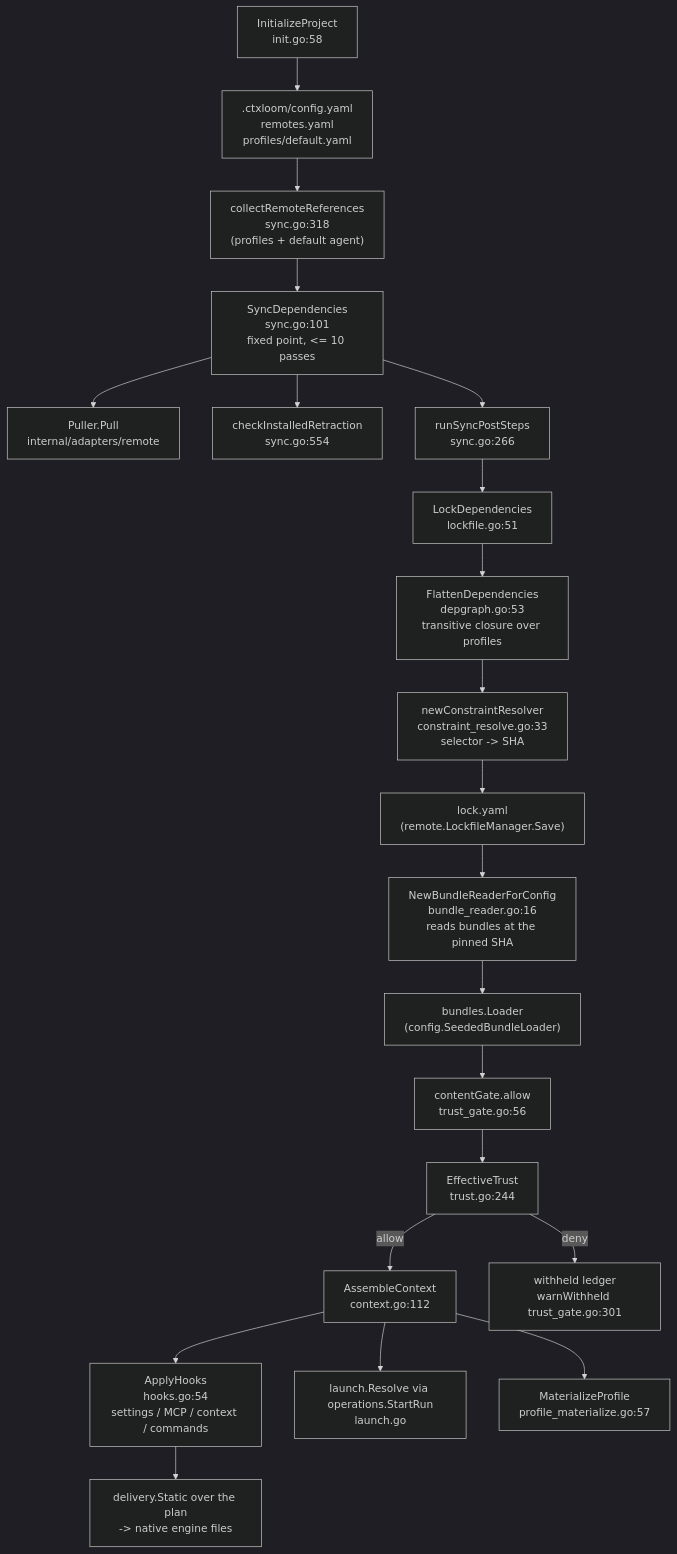
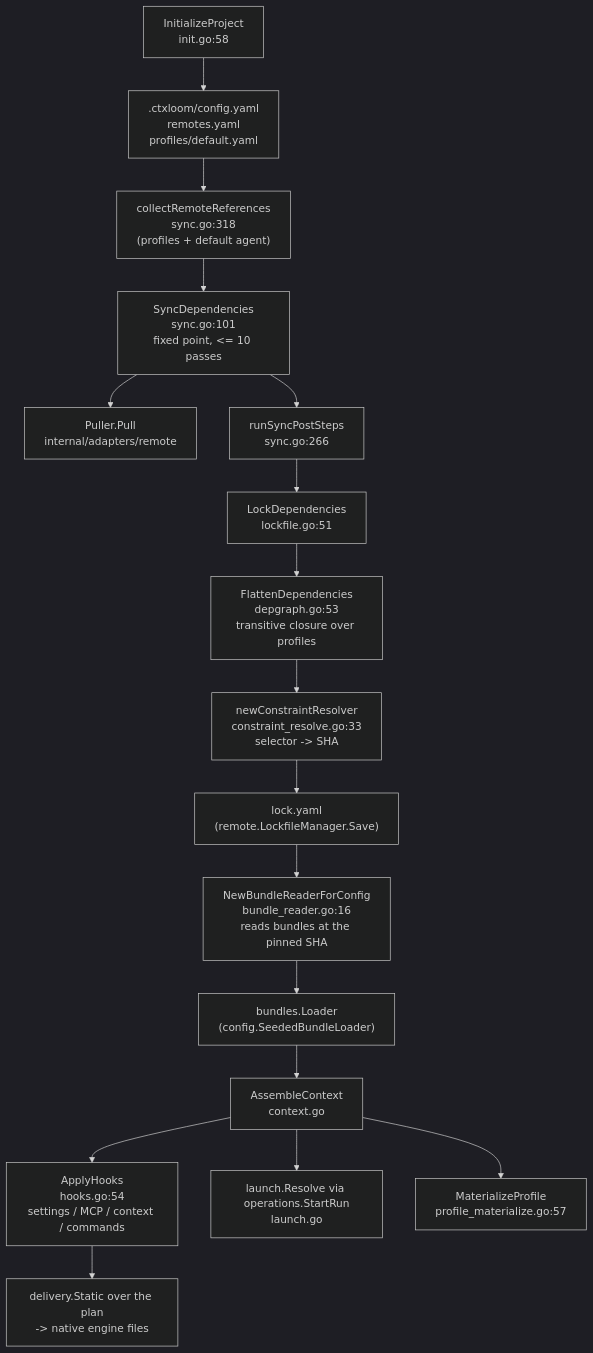
One commit to ctxloom/ctxloom changed the first of 2 diagrams in docs/architecture/core/operations.md. Above: the diagram before and after it, drawn with Mermaid (dark theme). The commit also changed other lines of this file and 62 other files, not shown here.

````diff
--- a/docs/architecture/core/operations.md
+++ b/docs/architecture/core/operations.md
@@ -49,28 +47,24 @@
 ```mermaid
 flowchart TD
     INIT["InitializeProject<br/>init.go:58"] --> CFG[".ctxloom/config.yaml<br/>remotes.yaml<br/>profiles/default.yaml"]
 
     CFG --> COLLECT["collectRemoteReferences<br/>sync.go:318<br/>(profiles + default agent)"]
     COLLECT --> SYNC["SyncDependencies<br/>sync.go:101<br/>fixed point, <= 10 passes"]
     SYNC --> PULL["Puller.Pull<br/>internal/adapters/remote"]
-    SYNC --> RETR["checkInstalledRetraction<br/>sync.go:554"]
     SYNC --> POST["runSyncPostSteps<br/>sync.go:266"]
 
     POST --> LOCKSTEP["LockDependencies<br/>lockfile.go:51"]
     LOCKSTEP --> FLAT["FlattenDependencies<br/>depgraph.go:53<br/>transitive closure over profiles"]
     FLAT --> CONSTRAINT["newConstraintResolver<br/>constraint_resolve.go:33<br/>selector -> SHA"]
     CONSTRAINT --> LOCK["lock.yaml<br/>(remote.LockfileManager.Save)"]
 
     LOCK --> READER["NewBundleReaderForConfig<br/>bundle_reader.go:16<br/>reads bundles at the pinned SHA"]
     READER --> LOADER["bundles.Loader<br/>(config.SeededBundleLoader)"]
 
-    LOADER --> GATE["contentGate.allow<br/>trust_gate.go:56"]
-    GATE --> ET["EffectiveTrust<br/>trust.go:244"]
-    ET -->|allow| ASM["AssembleContext<br/>context.go:112"]
-    ET -->|deny| WITHHELD["withheld ledger<br/>warnWithheld trust_gate.go:301"]
+    LOADER --> ASM["AssembleContext<br/>context.go"]
 
     ASM --> APPLY["ApplyHooks<br/>hooks.go:54<br/>settings / MCP / context / commands"]
     ASM --> RUN["launch.Resolve via operations.StartRun<br/>launch.go"]
     ASM --> MAT["MaterializeProfile<br/>profile_materialize.go:57"]
     APPLY --> SURF["delivery.Static over the plan<br/>-> native engine files"]
 ```
````
